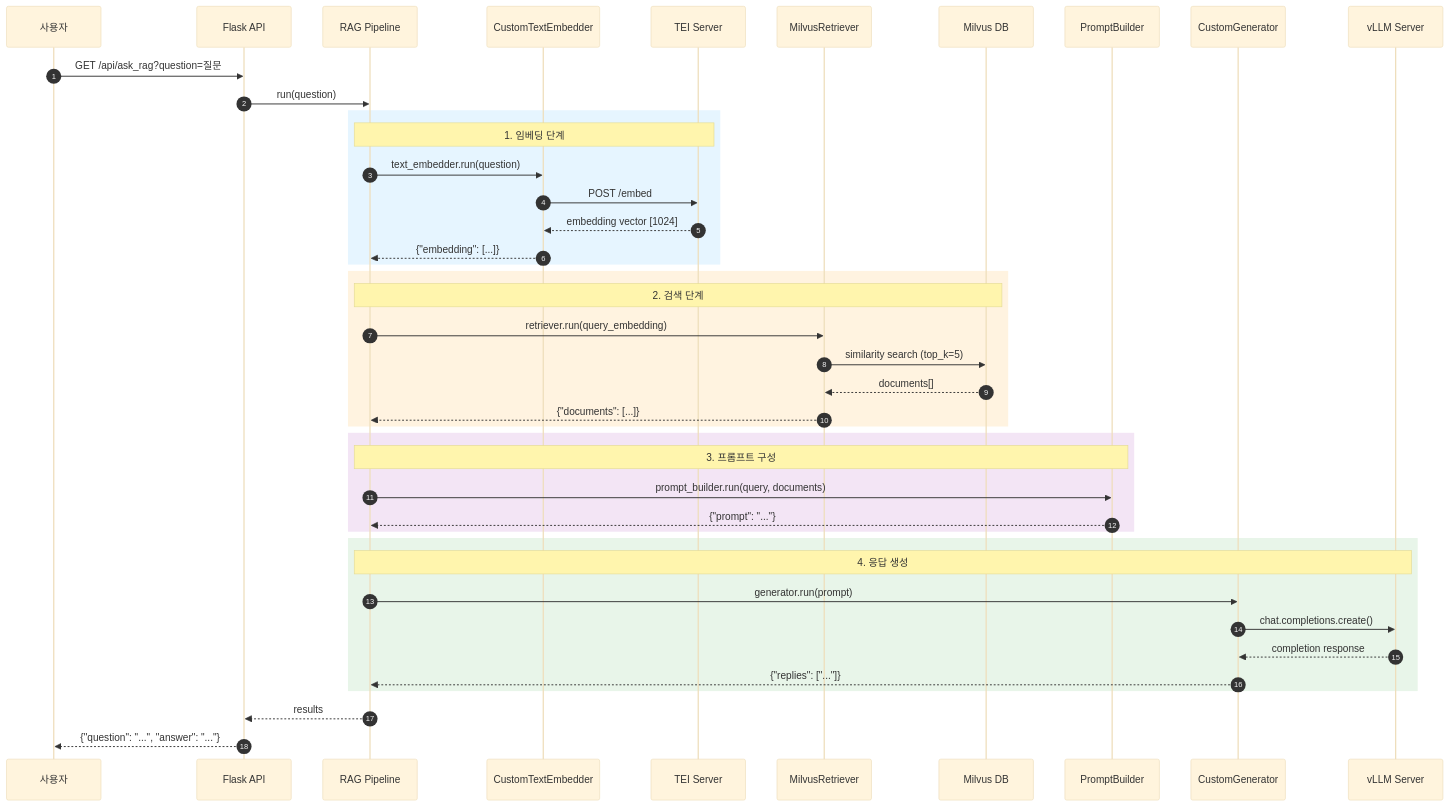
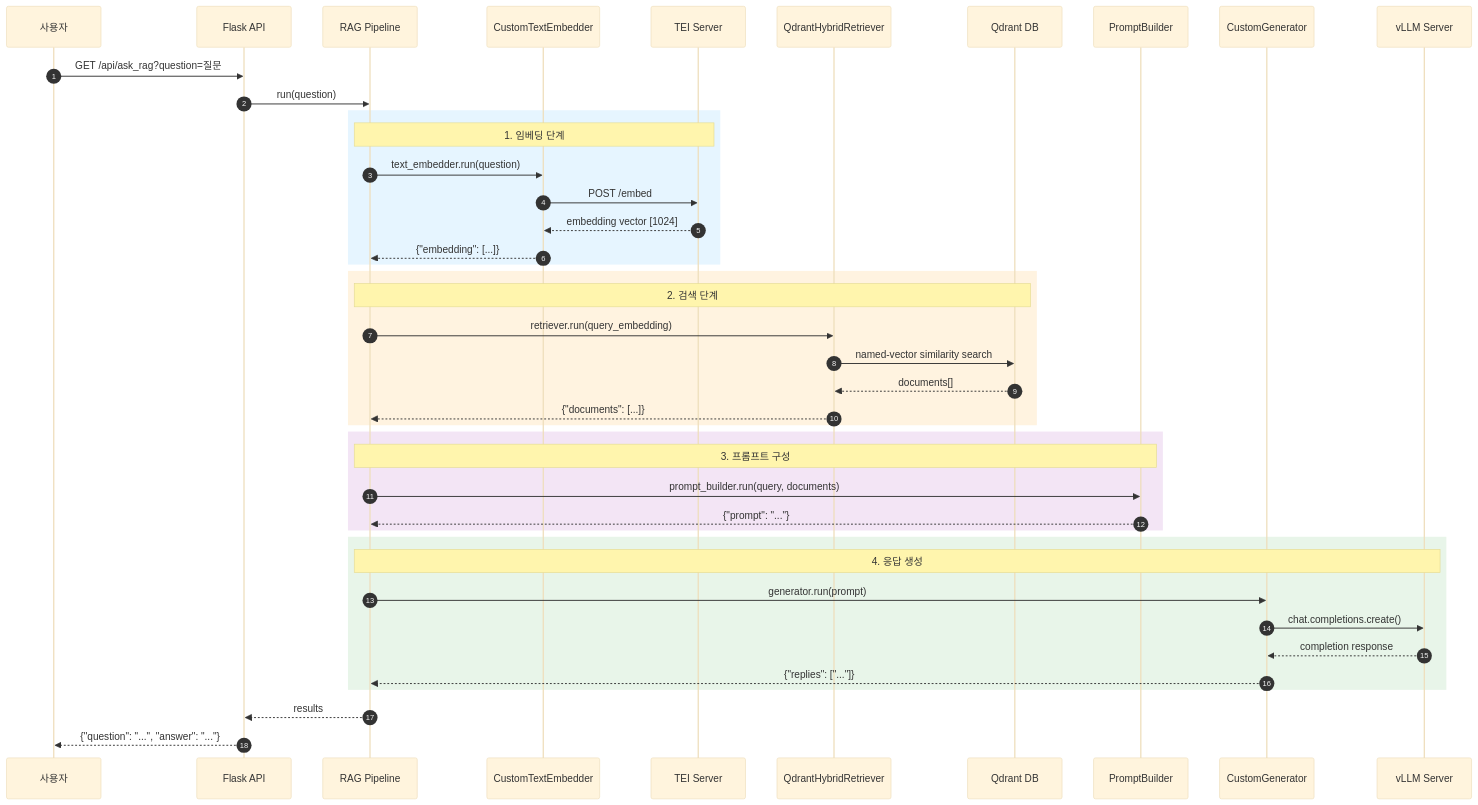
The diagram in assets/diagrams/rag_sequence.md (JMTdongsan/AI_router), drawn with Mermaid (base theme) before and after one commit. The commit also changed 21 other files, not shown here.

````diff
--- a/assets/diagrams/rag_sequence.md
+++ b/assets/diagrams/rag_sequence.md
@@ -3,50 +3,50 @@
 ```mermaid
 sequenceDiagram
     autonumber
     participant User as 사용자
     participant API as Flask API
     participant Pipeline as RAG Pipeline
     participant Embedder as CustomTextEmbedder
     participant TEI as TEI Server
-    participant Retriever as MilvusRetriever
-    participant Milvus as Milvus DB
+    participant Retriever as QdrantHybridRetriever
+    participant Qdrant as Qdrant DB
     participant Prompt as PromptBuilder
     participant Generator as CustomGenerator
     participant vLLM as vLLM Server
 
     User->>API: GET /api/ask_rag?question=질문
     API->>Pipeline: run(question)
     
     rect rgb(230, 245, 255)
         Note over Pipeline,TEI: 1. 임베딩 단계
         Pipeline->>Embedder: text_embedder.run(question)
         Embedder->>TEI: POST /embed
         TEI-->>Embedder: embedding vector [1024]
         Embedder-->>Pipeline: {"embedding": [...]}
     end
 
     rect rgb(255, 243, 224)
-        Note over Pipeline,Milvus: 2. 검색 단계
+        Note over Pipeline,Qdrant: 2. 검색 단계
         Pipeline->>Retriever: retriever.run(query_embedding)
-        Retriever->>Milvus: similarity search (top_k=5)
-        Milvus-->>Retriever: documents[]
+        Retriever->>Qdrant: named-vector similarity search
+        Qdrant-->>Retriever: documents[]
         Retriever-->>Pipeline: {"documents": [...]}
     end
 
     rect rgb(243, 229, 245)
         Note over Pipeline,Prompt: 3. 프롬프트 구성
         Pipeline->>Prompt: prompt_builder.run(query, documents)
         Prompt-->>Pipeline: {"prompt": "..."}
     end
 
     rect rgb(232, 245, 233)
         Note over Pipeline,vLLM: 4. 응답 생성
         Pipeline->>Generator: generator.run(prompt)
         Generator->>vLLM: chat.completions.create()
         vLLM-->>Generator: completion response
         Generator-->>Pipeline: {"replies": ["..."]}
     end
 
     Pipeline-->>API: results
     API-->>User: {"question": "...", "answer": "..."}
 ```
````
